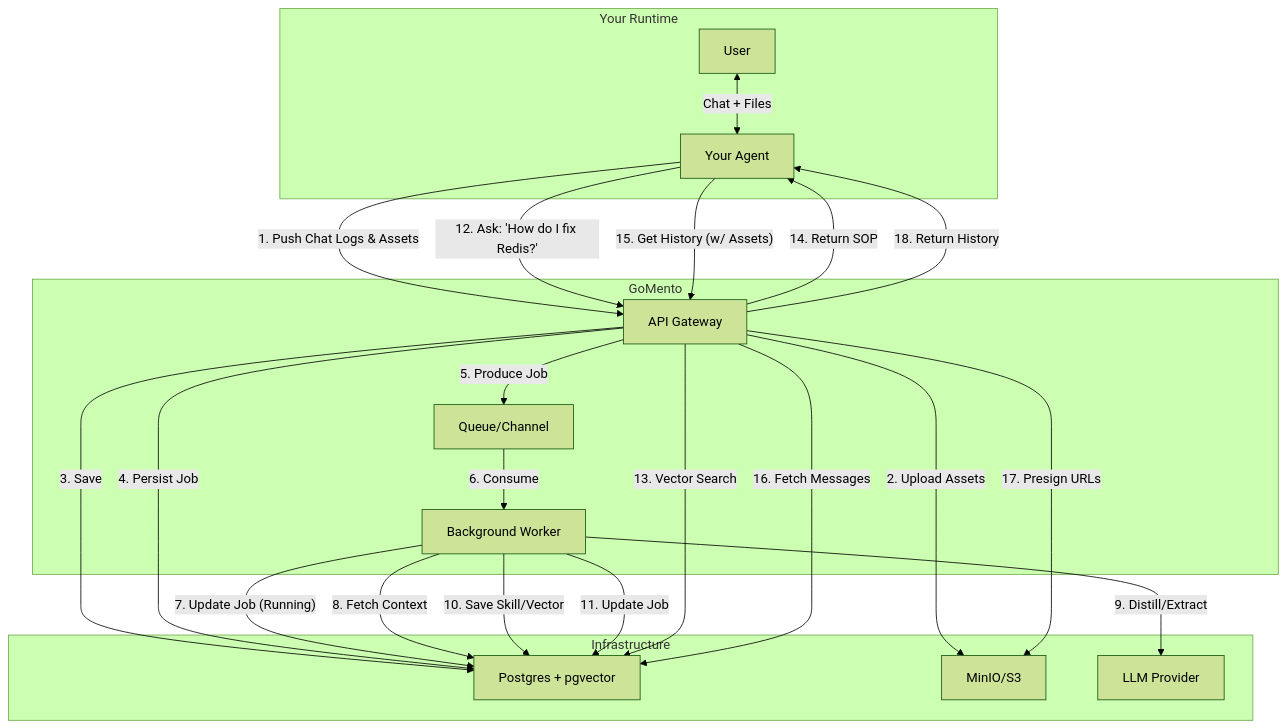
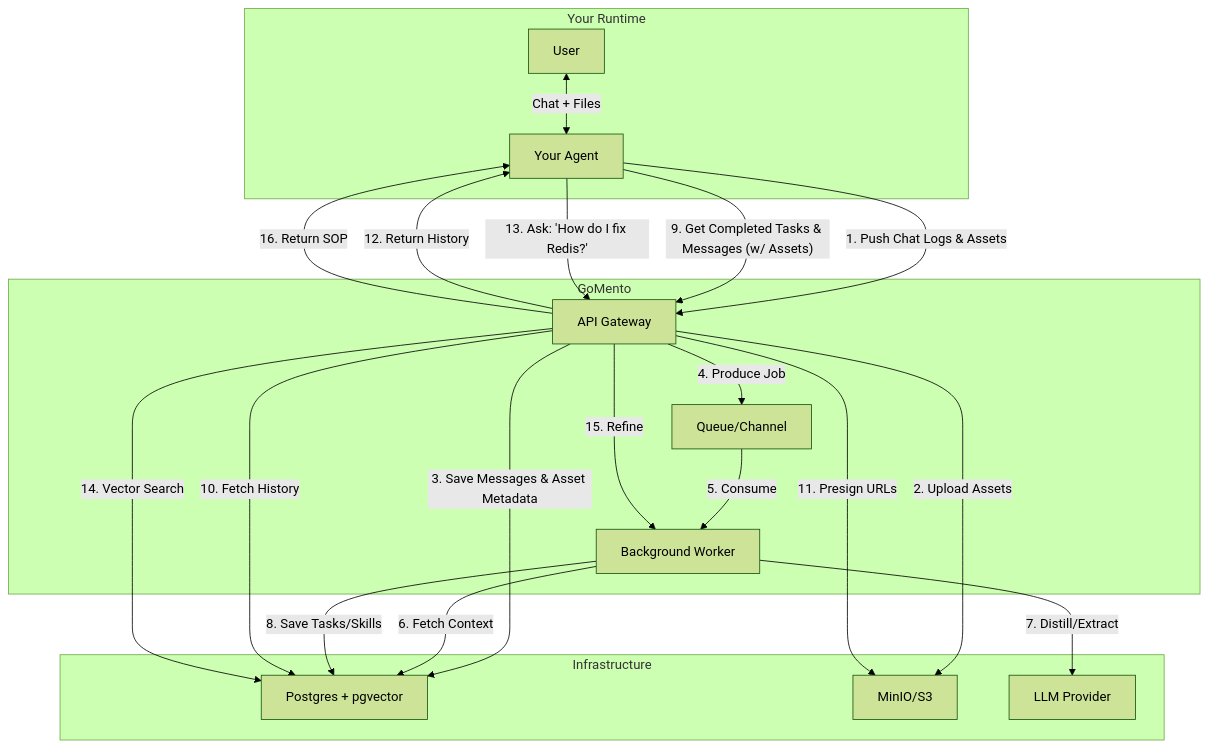
Before and after one commit to w-h-a/gomento: the first of 2 diagrams in README.md, drawn with Mermaid (forest theme). The commit also changed other lines of this file, not shown here.

Commit message:
docs: update README (#44)

````diff
--- a/README.md
+++ b/README.md
@@ -23,44 +23,42 @@
 ```mermaid
 graph TD
     subgraph "Your Runtime"
         User[User] <-->|Chat + Files| Agent[Your Agent]
     end
 
     subgraph "GoMento"
         API[API Gateway]
         Queue[Queue/Channel]
         Worker[Background Worker]
     end
 
     subgraph "Infrastructure"
         Postgres[Postgres + pgvector]
         MinIO[MinIO/S3]
         LLM[LLM Provider]
     end
 
     %% Flow 1: Storing Context
     Agent -- "1. Push Chat Logs & Assets" --> API
     API -- "2. Upload Assets" --> MinIO
-    API -- "3. Save" --> Postgres
-    API -- "4. Persist Job" --> Postgres
-    API -- "5. Produce Job" --> Queue
+    API -- "3. Save Messages & Asset Metadata" --> Postgres
+    API -- "4. Produce Job" --> Queue
     
     %% Flow 2: Interpretation
-    Queue -- "6. Consume" --> Worker
-    Worker -- "7. Update Job (Running)" --> Postgres
-    Worker -- "8. Fetch Context" --> Postgres
-    Worker -- "9. Distill/Extract" --> LLM
-    Worker -- "10. Save Skill/Vector" --> Postgres
-    Worker -- "11. Update Job" --> Postgres
+    Queue -- "5. Consume" --> Worker
+    Worker -- "6. Fetch Context" --> Postgres
+    Worker -- "7. Distill/Extract" --> LLM
+    Worker -- "8. Save Tasks/Skills" --> Postgres
 
-    %% Flow 3: Retrieval (Skills)
-    Agent -- "12. Ask: 'How do I fix Redis?'" --> API
-    API -- "13. Vector Search" --> Postgres
-    API -- "14. Return SOP" --> Agent
+    %% Flow 3: Retrieval (Current Session History)
+    Agent -- "9. Get Completed Tasks & Messages (w/ Assets)" --> API
+    API -- "10. Fetch History" --> Postgres
+    API -- "11. Presign URLs" --> MinIO
+    API -- "12. Return History" --> Agent
 
-    %% Flow 4: Retrieval (Messages + Assets)
-    Agent -- "15. Get History (w/ Assets)" --> API
-    API -- "16. Fetch Messages" --> Postgres
-    API -- "17. Presign URLs" --> MinIO
-    API -- "18. Return History" --> Agent
+    %% Flow 4: Retrieval (Skills)
+    Agent -- "13. Ask: 'How do I fix Redis?'" --> API
+    API -- "14. Vector Search" --> Postgres
+    API -- "15. Refine" --> Worker
+    API -- "16. Return SOP" --> Agent
 ```
````
